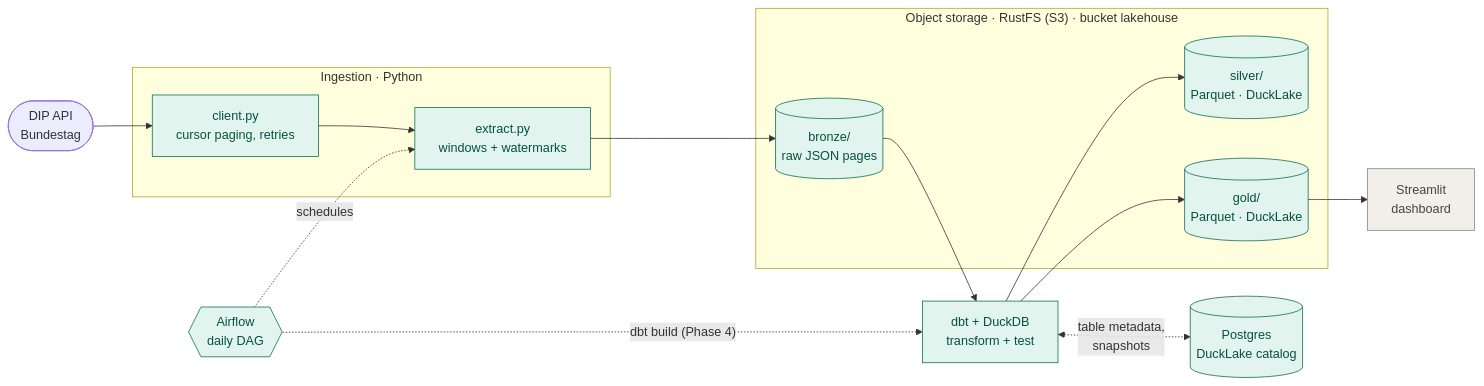
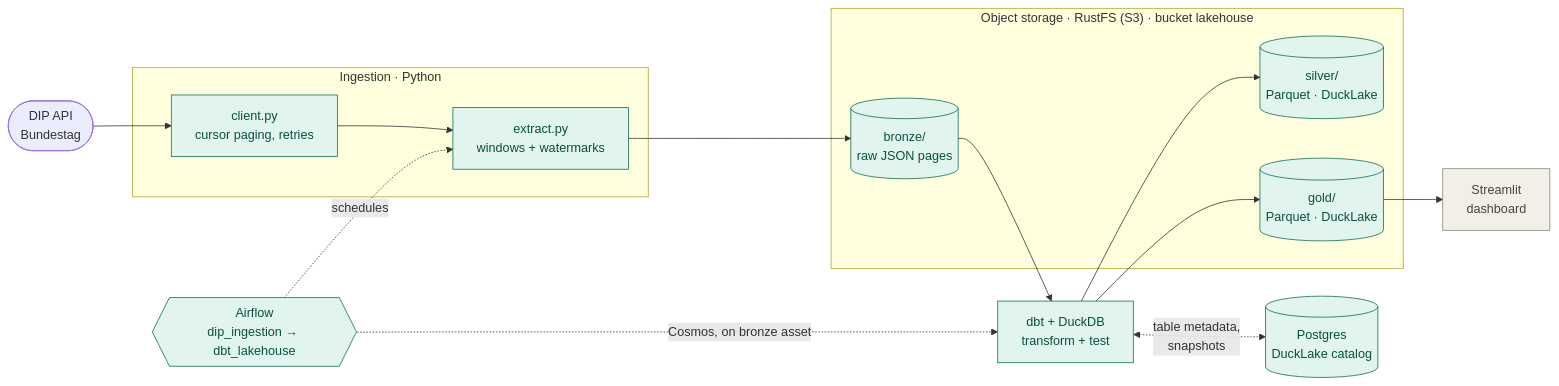
The first of 3 diagrams in README.md (GeenccMustafa/bundestag-lakehouse), drawn with Mermaid before and after one commit. The commit also changed other lines of this file and 25 other files, not shown here.

First line of the commit message:
Phase 4: orchestration with Cosmos, dbt in CI, docs on Pages (#11)

````diff
--- a/README.md
+++ b/README.md
@@ -14,35 +14,35 @@
 ```mermaid
 flowchart LR
     api(["DIP API<br/>Bundestag"])
 
     subgraph ingest["Ingestion · Python"]
         client["client.py<br/>cursor paging, retries"]
         extract["extract.py<br/>windows + watermarks"]
     end
 
     subgraph lake["Object storage · RustFS (S3) · bucket lakehouse"]
         bronze[("bronze/<br/>raw JSON pages")]
         silver[("silver/<br/>Parquet · DuckLake")]
         gold[("gold/<br/>Parquet · DuckLake")]
     end
 
     dbt["dbt + DuckDB<br/>transform + test"]
     catalog[("Postgres<br/>DuckLake catalog")]
     dash["Streamlit<br/>dashboard"]
 
     api --> client --> extract --> bronze
     bronze --> dbt
     dbt --> silver
     dbt --> gold
     dbt <-. "table metadata,<br/>snapshots" .-> catalog
     gold --> dash
 
-    airflow{{"Airflow<br/>daily DAG"}}
+    airflow{{"Airflow<br/>dip_ingestion → dbt_lakehouse"}}
     airflow -. schedules .-> extract
-    airflow -. "dbt build (Phase 4)" .-> dbt
+    airflow -. "Cosmos, on bronze asset" .-> dbt
 
     classDef done fill:#E1F5EE,stroke:#0F6E56,color:#085041
     classDef next fill:#F1EFE8,stroke:#888780,color:#444441
     class client,extract,bronze,silver,gold,dbt,catalog,airflow done
     class dash next
 ```
````
